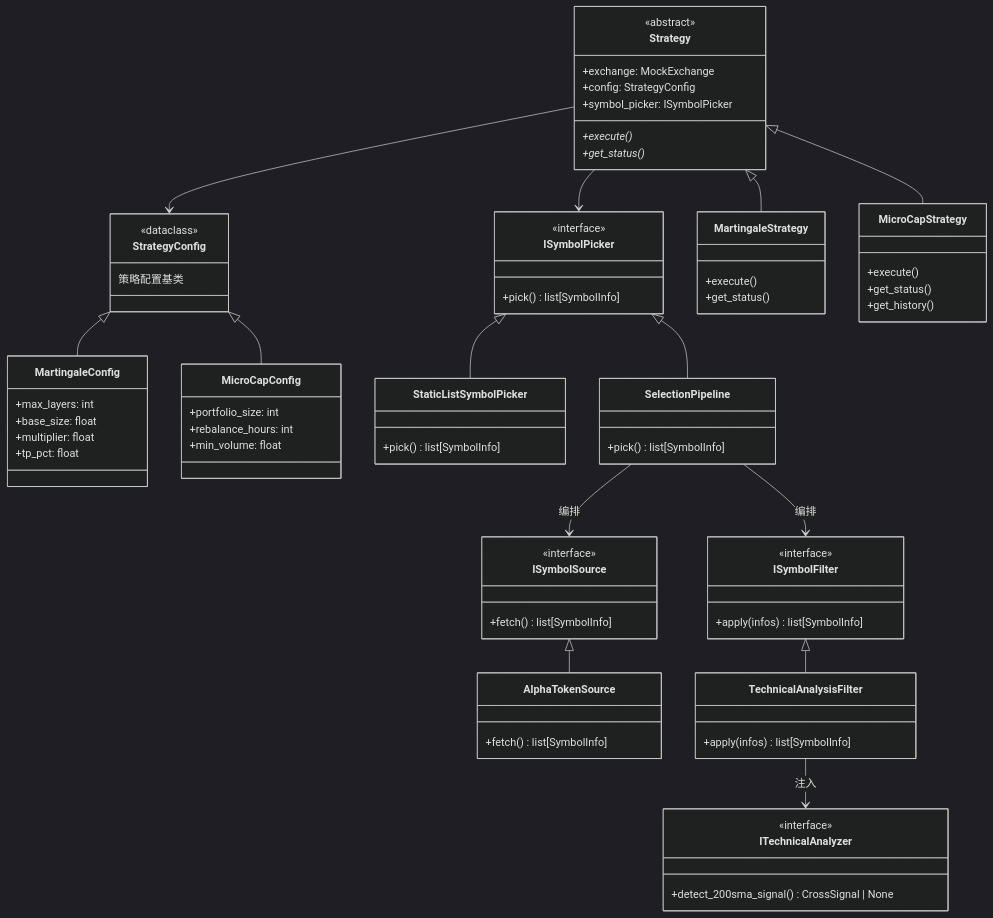
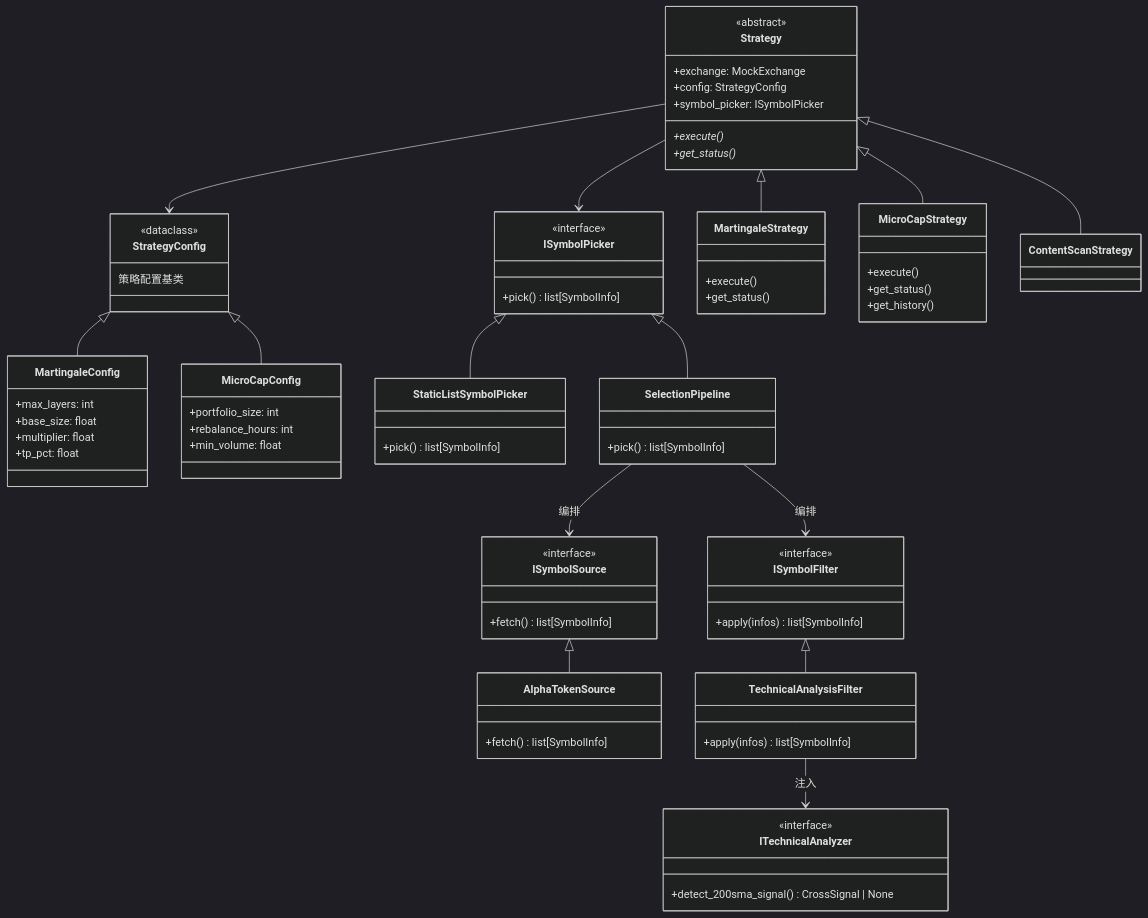
The first of 5 diagrams in architecture_document/04-strategy-engine.md (cqlwm/trading-service), drawn with Mermaid (dark theme) before and after one commit. The commit also changed other lines of this file and 35 other files, not shown here.

```diff
--- a/architecture_document/04-strategy-engine.md
+++ b/architecture_document/04-strategy-engine.md
@@ -85,6 +85,7 @@
 
     Strategy <|-- MartingaleStrategy
     Strategy <|-- MicroCapStrategy
+    Strategy <|-- ContentScanStrategy
 
     StrategyConfig <|-- MartingaleConfig
     StrategyConfig <|-- MicroCapConfig
```
